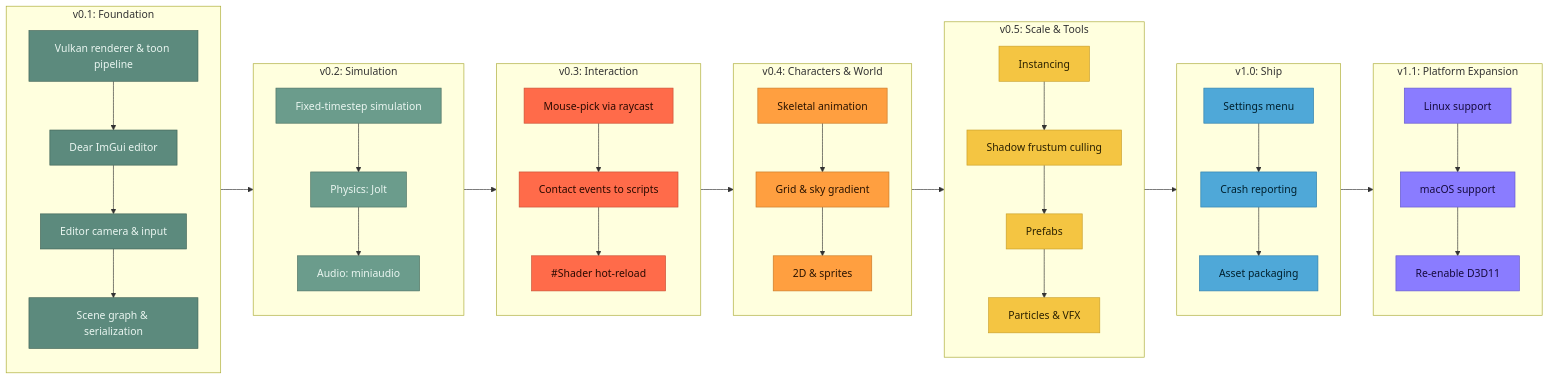
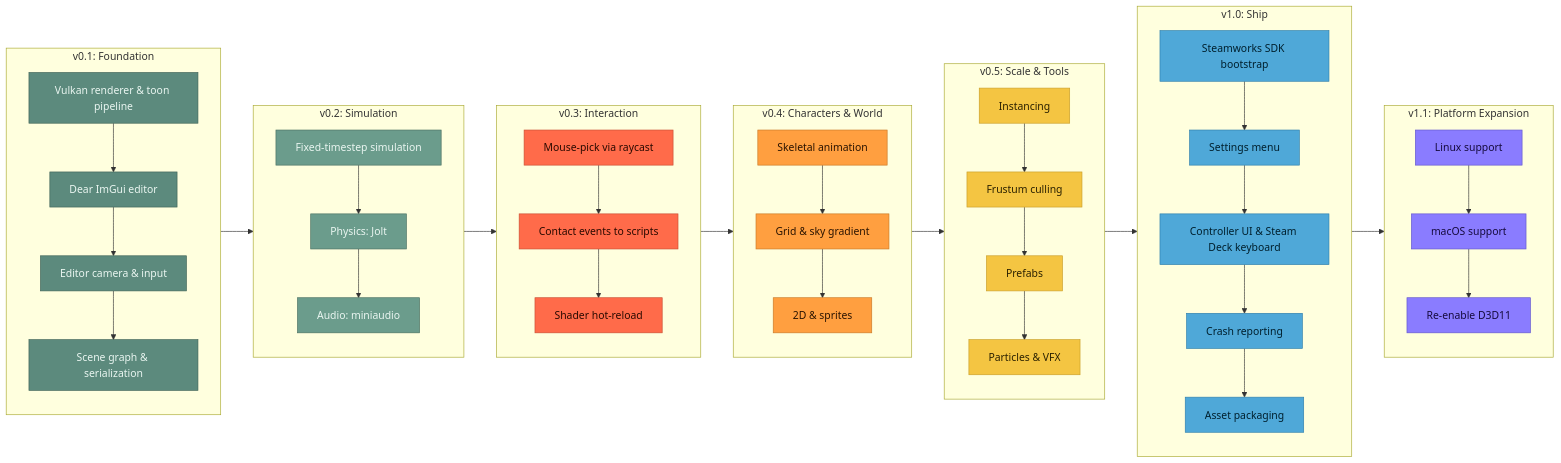
Before and after one commit to skylotus-studios/ToonEngine: the diagram in README.md, drawn with Mermaid. The commit also changed 7 other files, not shown here.

First line of the commit message:
Reorg roadmap skills; add Steam-gap items; sync docs for mouse-pick

````diff
--- a/README.md
+++ b/README.md
@@ -118,78 +118,80 @@
 ```mermaid
 flowchart LR
   subgraph V01["v0.1: Foundation"]
     direction TB
     S1["Vulkan renderer &amp; toon pipeline"]
     S2["Dear ImGui editor"]
     S3["Editor camera &amp; input"]
     S4["Scene graph &amp; serialization"]
     S1 --> S2 --> S3 --> S4
   end
 
   subgraph V02["v0.2: Simulation"]
     direction TB
     S5["Fixed-timestep simulation"]
     S6["Physics: Jolt"]
     S7["Audio: miniaudio"]
     S5 --> S6 --> S7
   end
 
   subgraph V03["v0.3: Interaction"]
     direction TB
     N8["Mouse-pick via raycast"]
     N9["Contact events to scripts"]
-    N10["#Shader hot-reload"]
+    N10["Shader hot-reload"]
     N8 --> N9 --> N10
   end
 
   subgraph V04["v0.4: Characters &amp; World"]
     direction TB
     N11["Skeletal animation"]
     N12["Grid &amp; sky gradient"]
     N13["2D &amp; sprites"]
     N11 --> N12 --> N13
   end
 
   subgraph V05["v0.5: Scale &amp; Tools"]
     direction TB
     N14["Instancing"]
-    N15["Shadow frustum culling"]
+    N15["Frustum culling"]
     N16["Prefabs"]
     N17["Particles &amp; VFX"]
     N14 --> N15 --> N16 --> N17
   end
 
   subgraph V10["v1.0: Ship"]
     direction TB
-    N18["Settings menu"]
-    N19["Crash reporting"]
-    N20["Asset packaging"]
-    N18 --> N19 --> N20
+    N18["Steamworks SDK bootstrap"]
+    N19["Settings menu"]
+    N20["Controller UI &amp; Steam Deck keyboard"]
+    N21["Crash reporting"]
+    N22["Asset packaging"]
+    N18 --> N19 --> N20 --> N21 --> N22
   end
 
   subgraph V11["v1.1: Platform Expansion"]
     direction TB
-    N21["Linux support"]
-    N22["macOS support"]
-    N23["Re-enable D3D11"]
-    N21 --> N22 --> N23
+    N23["Linux support"]
+    N24["macOS support"]
+    N25["Re-enable D3D11"]
+    N23 --> N24 --> N25
   end
 
   V01 --> V02 --> V03 --> V04 --> V05 --> V10 --> V11
 
   classDef v01 fill:#5C8A7D,stroke:#3f6357,color:#EAF6F1;
   classDef v02 fill:#6B9C8C,stroke:#4a7062,color:#EAF6F1;
   classDef v03 fill:#FF6B4A,stroke:#c94e33,color:#2B0A00;
   classDef v04 fill:#FF9F40,stroke:#c97927,color:#2B1400;
   classDef v05 fill:#F4C542,stroke:#c99e28,color:#2B2100;
   classDef v10 fill:#4FA8D8,stroke:#2f7fac,color:#00202E;
   classDef v11 fill:#8A7CFF,stroke:#6357cc,color:#160B3E;
 
   class S1,S2,S3,S4 v01
   class S5,S6,S7 v02
   class N8,N9,N10 v03
   class N11,N12,N13 v04
   class N14,N15,N16,N17 v05
-  class N18,N19,N20 v10
-  class N21,N22,N23 v11
+  class N18,N19,N20,N21,N22 v10
+  class N23,N24,N25 v11
 ```
````
